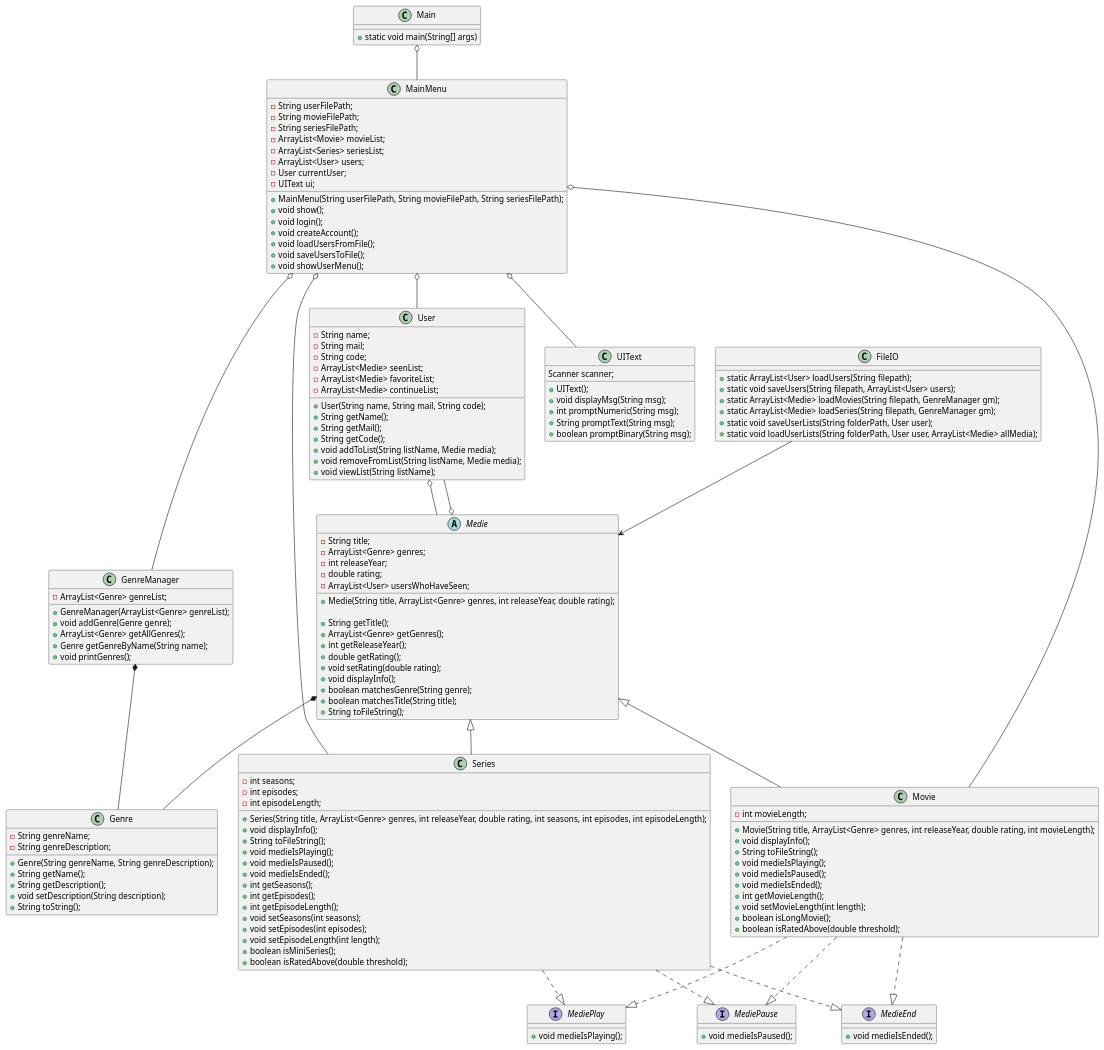
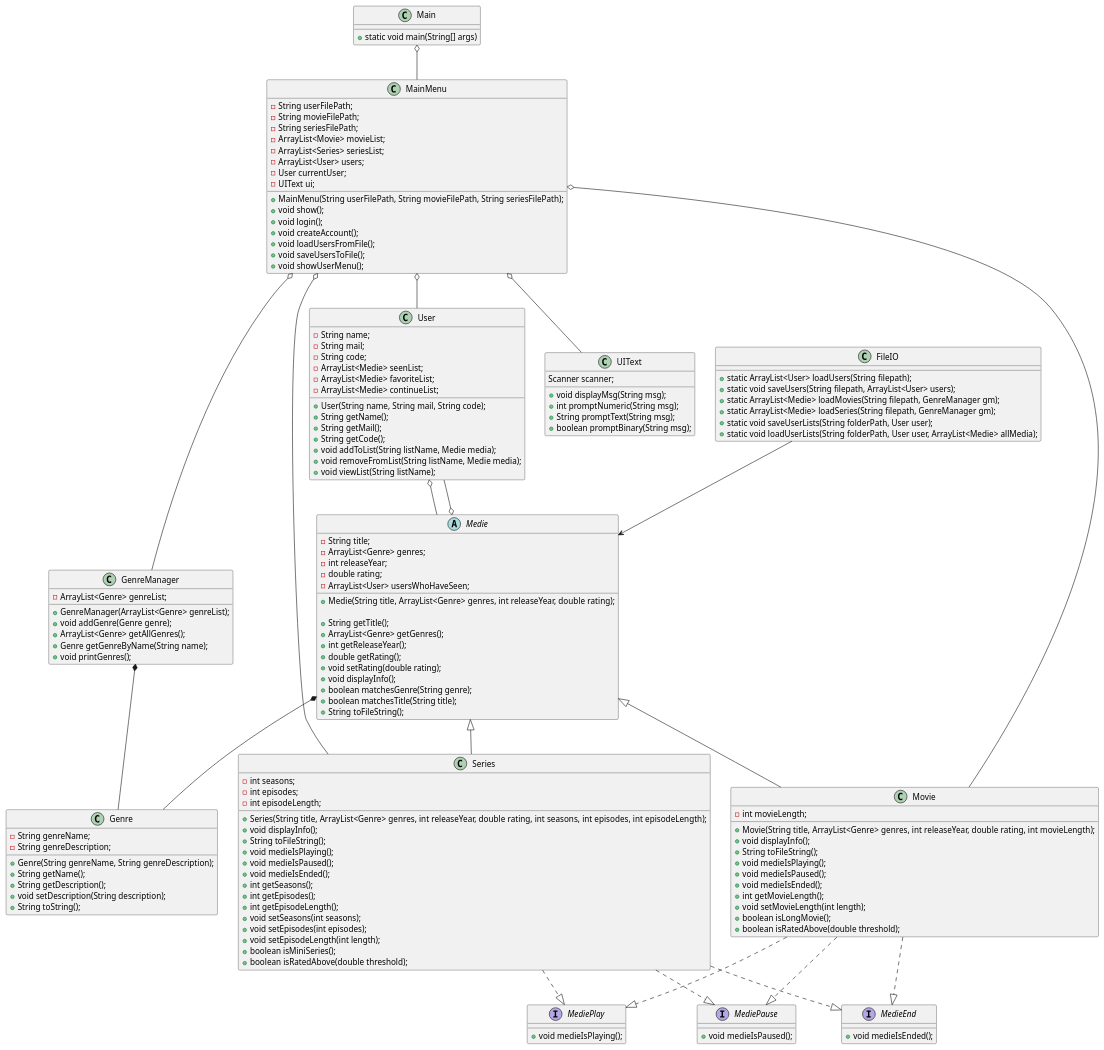
One commit to KhattabE/SP3 changed the diagram in doc/classdiagram_v1.puml. Above: the diagram before and after it, drawn with PlantUML. The commit also changed 2 other files, not shown here.

Commit message:
We added methods to the UIText class

```diff
--- a/doc/classdiagram_v1.puml
+++ b/doc/classdiagram_v1.puml
@@ -1,178 +1,177 @@
 @startuml
 'https://plantuml.com/class-diagram
 
 class Main{
     +static void main(String[] args)
 }
 
 
 
 class MainMenu {
     -String userFilePath;
     -String movieFilePath;
     -String seriesFilePath;
     + MainMenu(String userFilePath, String movieFilePath, String seriesFilePath);
     -ArrayList<Movie> movieList;
     -ArrayList<Series> seriesList;
     -ArrayList<User> users;
     -User currentUser;
     -UIText ui;
 
     +void show();
     +void login();
     +void createAccount();
     +void loadUsersFromFile();
     +void saveUsersToFile();
     +void showUserMenu();
 }
 
 class UIText {
         Scanner scanner;
-        +UIText();
         +void displayMsg(String msg);
         +int promptNumeric(String msg);
         +String promptText(String msg);
         +boolean promptBinary(String msg);
 }
 
 class FileIO {
     +static ArrayList<User> loadUsers(String filepath);
     +static void saveUsers(String filepath, ArrayList<User> users);
     +static ArrayList<Medie> loadMovies(String filepath, GenreManager gm);
     +static ArrayList<Medie> loadSeries(String filepath, GenreManager gm);
     +static void saveUserLists(String folderPath, User user);
     +static void loadUserLists(String folderPath, User user, ArrayList<Medie> allMedia);
 }
 
 interface MediePlay {
     +void medieIsPlaying();
 }
 
 interface MediePause {
     +void medieIsPaused();
 }
 
 interface MedieEnd {
     +void medieIsEnded();
 }
 
 abstract class Medie {
     -String title;
     -ArrayList<Genre> genres;
     -int releaseYear;
     -double rating;
     -ArrayList<User> usersWhoHaveSeen;
 
     +Medie(String title, ArrayList<Genre> genres, int releaseYear, double rating);
 
     +String getTitle();
     +ArrayList<Genre> getGenres();
     +int getReleaseYear();
     +double getRating();
     +void setRating(double rating);
     +void displayInfo();
     +boolean matchesGenre(String genre);
     +boolean matchesTitle(String title);
     +String toFileString();
 }
 class Movie {
     -int movieLength;
 
     +Movie(String title, ArrayList<Genre> genres, int releaseYear, double rating, int movieLength);
     +void displayInfo();
     +String toFileString();
     +void medieIsPlaying();
     +void medieIsPaused();
     +void medieIsEnded();
     +int getMovieLength();
     +void setMovieLength(int length);
     +boolean isLongMovie();
     +boolean isRatedAbove(double threshold);
 }
 
 class Series {
     -int seasons;
     -int episodes;
     -int episodeLength;
     +Series(String title, ArrayList<Genre> genres, int releaseYear, double rating, int seasons, int episodes, int episodeLength);
     +void displayInfo();
     +String toFileString();
     +void medieIsPlaying();
     +void medieIsPaused();
     +void medieIsEnded();
     +int getSeasons();
     +int getEpisodes();
     +int getEpisodeLength();
     +void setSeasons(int seasons);
     +void setEpisodes(int episodes);
     +void setEpisodeLength(int length);
     +boolean isMiniSeries();
     +boolean isRatedAbove(double threshold);
 }
 
 class User {
     -String name;
     -String mail;
     -String code;
     -ArrayList<Medie> seenList;
     -ArrayList<Medie> favoriteList;
     -ArrayList<Medie> continueList;
     +User(String name, String mail, String code);
     +String getName();
     +String getMail();
     +String getCode();
     +void addToList(String listName, Medie media);
     +void removeFromList(String listName, Medie media);
     +void viewList(String listName);
 }
 
 class Genre {
     -String genreName;
     -String genreDescription;
     +Genre(String genreName, String genreDescription);
     +String getName();
     +String getDescription();
     +void setDescription(String description);
     +String toString();
 }
 
 class GenreManager {
     -ArrayList<Genre> genreList;
     +GenreManager(ArrayList<Genre> genreList);
     +void addGenre(Genre genre);
     +ArrayList<Genre> getAllGenres();
     +Genre getGenreByName(String name);
     +void printGenres();
 }
 
 ' IS-A relationships
 Medie <|-- Movie
 Medie <|-- Series
 
 Movie ..|> MediePlay
 Movie ..|> MediePause
 Movie ..|> MedieEnd
 
 Series ..|> MediePlay
 Series ..|> MediePause
 Series ..|> MedieEnd
 
 ' HAS-A relationships
 MainMenu o-- User
 MainMenu o-- UIText
 MainMenu o-- Movie
 MainMenu o-- Series
 MainMenu o-- GenreManager
 
 User o-- Medie
 Medie *-- Genre
 Medie o-- User
 
 GenreManager *-- Genre
 
 FileIO --> Medie
 Main o-- MainMenu
 
 
 
 @enduml
```
